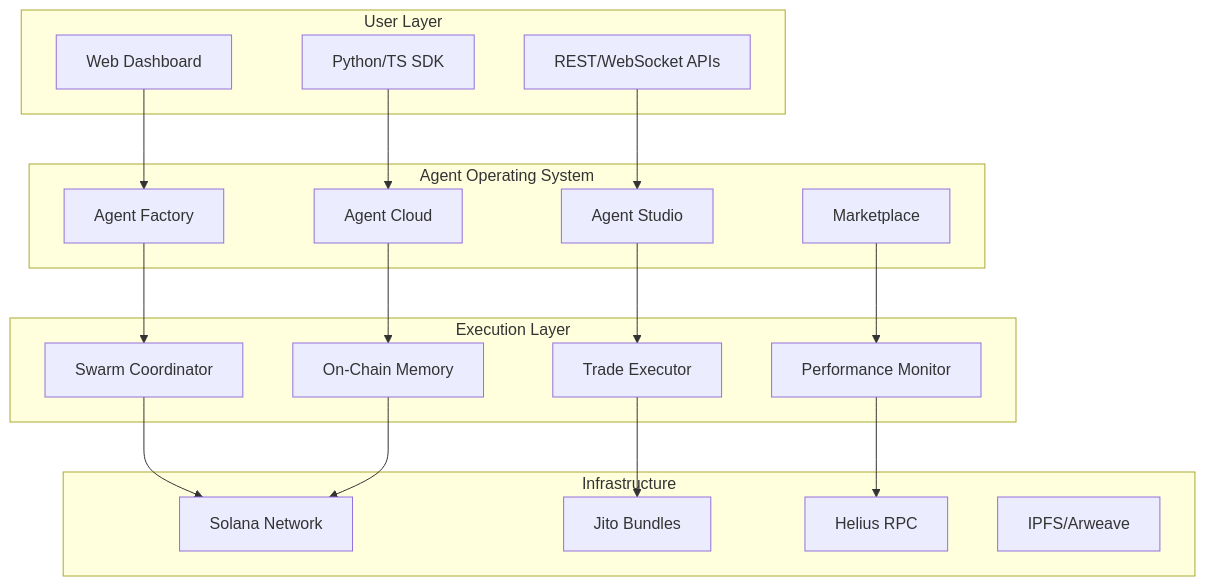
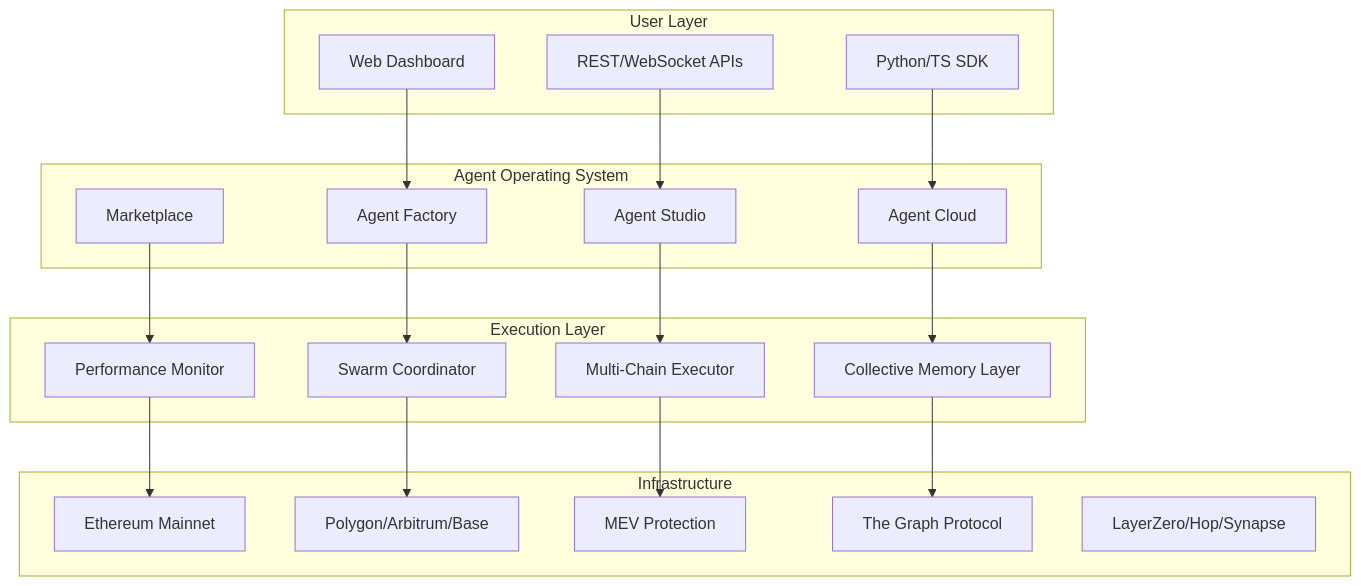
Before and after one commit to trenchsheikh/c0gni: the first of 3 diagrams in docs/architecture.mdx, drawn with Mermaid. The commit also changed other lines of this file and 4 other files, not shown here.

````diff
--- a/docs/architecture.mdx
+++ b/docs/architecture.mdx
@@ -12,43 +12,44 @@
 ```mermaid
 graph TB
     subgraph "User Layer"
         UI[Web Dashboard]
         SDK[Python/TS SDK]
         API[REST/WebSocket APIs]
     end
     
     subgraph "Agent Operating System"
         Factory[Agent Factory]
         Cloud[Agent Cloud]
         Studio[Agent Studio]
         Market[Marketplace]
     end
     
     subgraph "Execution Layer"
         Swarm[Swarm Coordinator]
-        Memory[On-Chain Memory]
-        Executor[Trade Executor]
+        Memory[Collective Memory Layer]
+        Executor[Multi-Chain Executor]
         Monitor[Performance Monitor]
     end
     
     subgraph "Infrastructure"
-        Solana[Solana Network]
-        Jito[Jito Bundles]
-        RPC[Helius RPC]
-        Storage[IPFS/Arweave]
+        Ethereum[Ethereum Mainnet]
+        L2s[Polygon/Arbitrum/Base]
+        Flashbots[MEV Protection]
+        Graph[The Graph Protocol]
+        Bridge[LayerZero/Hop/Synapse]
     end
     
     UI --> Factory
     SDK --> Cloud
     API --> Studio
     
     Factory --> Swarm
     Cloud --> Memory
     Studio --> Executor
     Market --> Monitor
     
-    Swarm --> Solana
-    Memory --> Solana
-    Executor --> Jito
-    Monitor --> RPC
+    Swarm --> L2s
+    Memory --> Graph
+    Executor --> Flashbots
+    Monitor --> Ethereum
 ```
````
